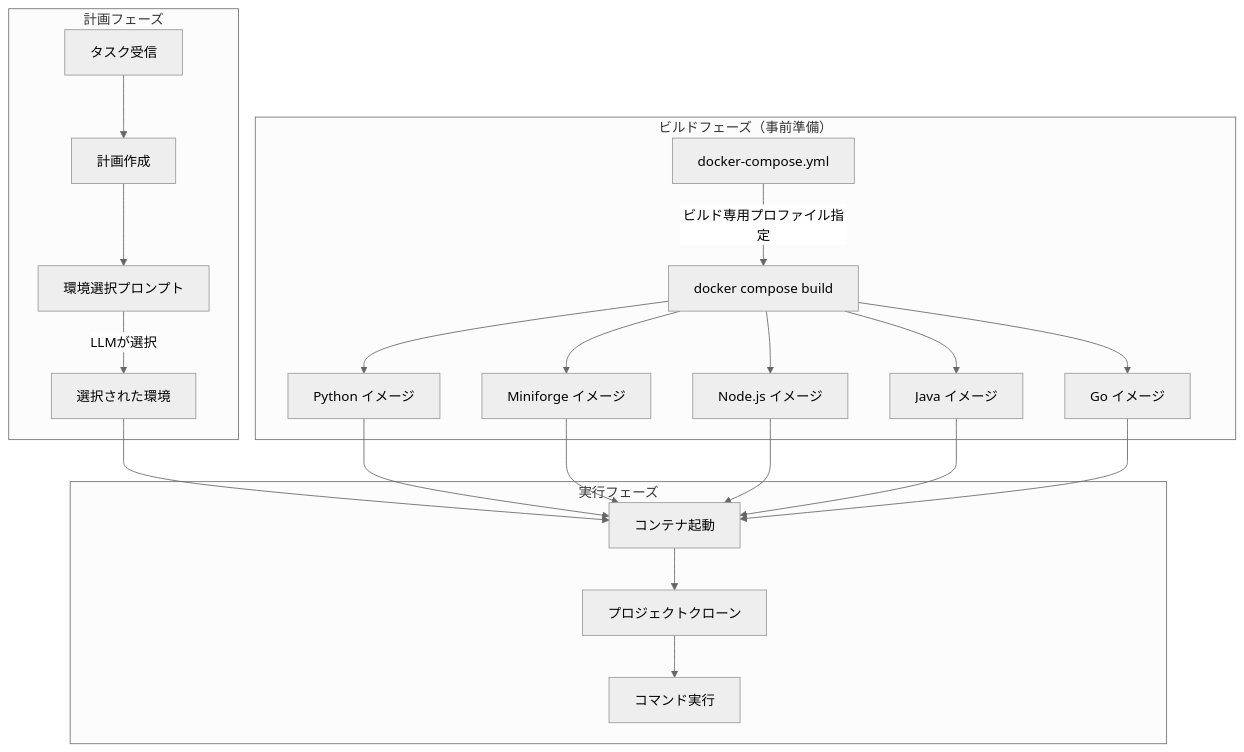
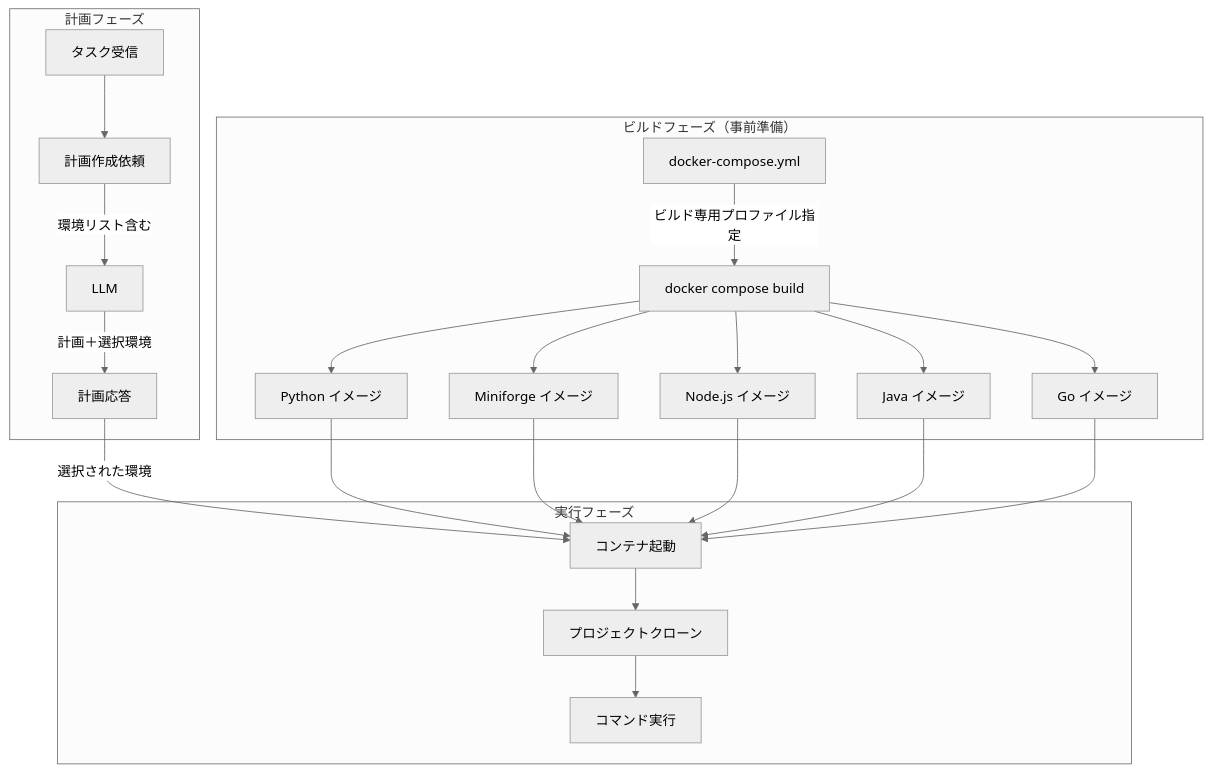
Before and after one commit to notfolder/coding_agent: the first of 3 diagrams in docs/spec/MULTI_LANGUAGE_ENVIRONMENT_SPECIFICATION.md, drawn with Mermaid (neutral theme). The commit also changed other lines of this file and 2 other files, not shown here.

Commit message:
Address review feedback: revert system_prompt and docker-compose, restructure spec document to integrate environment selection into planning phase

````diff
--- a/docs/spec/MULTI_LANGUAGE_ENVIRONMENT_SPECIFICATION.md
+++ b/docs/spec/MULTI_LANGUAGE_ENVIRONMENT_SPECIFICATION.md
@@ -36,29 +36,29 @@
 ```mermaid
 flowchart TD
     subgraph BuildPhase[ビルドフェーズ（事前準備）]
         DC[docker-compose.yml] --> |ビルド専用プロファイル指定|Build[docker compose build]
         Build --> ImgPython[Python イメージ]
         Build --> ImgMiniforge[Miniforge イメージ]
         Build --> ImgNode[Node.js イメージ]
         Build --> ImgJava[Java イメージ]
         Build --> ImgGo[Go イメージ]
     end
     
     subgraph PlanningPhase[計画フェーズ]
-        Task[タスク受信] --> Planning[計画作成]
-        Planning --> EnvSelection[環境選択プロンプト]
-        EnvSelection --> |LLMが選択|SelectedEnv[選択された環境]
+        Task[タスク受信] --> Planning[計画作成依頼]
+        Planning --> |環境リスト含む|LLM[LLM]
+        LLM --> |計画＋選択環境|Response[計画応答]
     end
     
     subgraph ExecutionPhase[実行フェーズ]
-        SelectedEnv --> Container[コンテナ起動]
+        Response --> |選択された環境|Container[コンテナ起動]
         Container --> Clone[プロジェクトクローン]
         Clone --> Execute[コマンド実行]
     end
     
     ImgPython --> Container
     ImgMiniforge --> Container
     ImgNode --> Container
     ImgJava --> Container
     ImgGo --> Container
 ```
````
